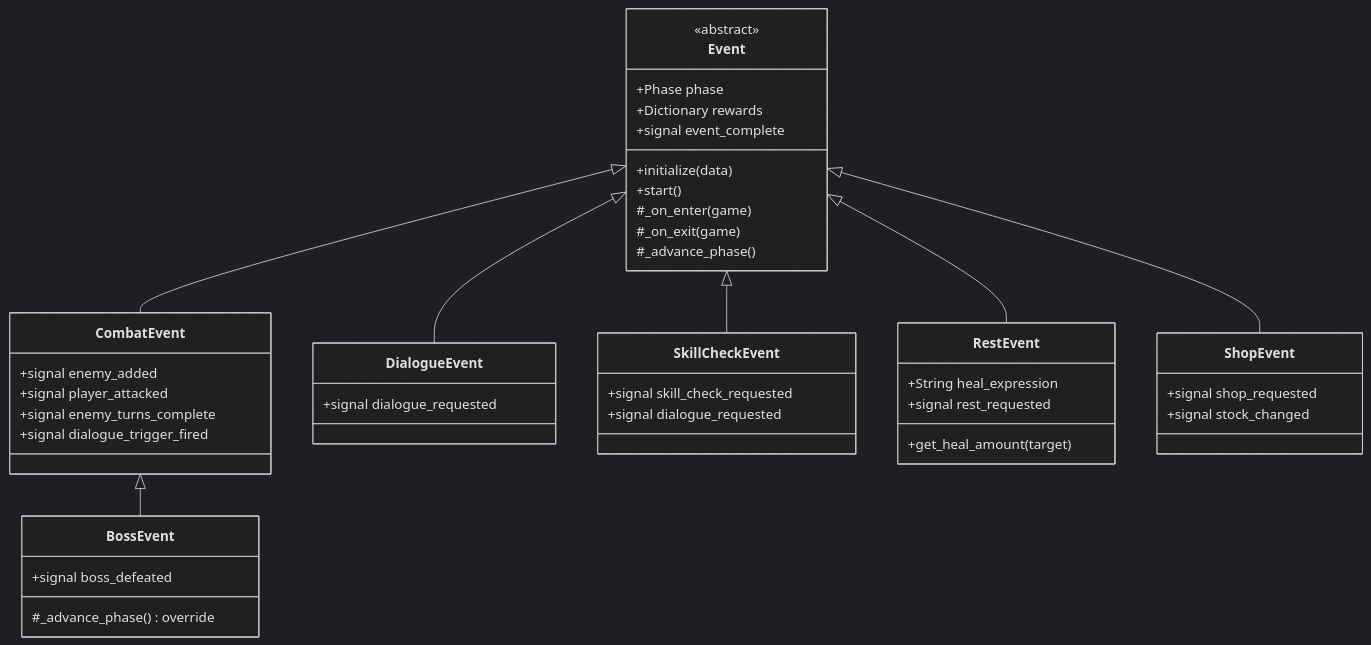
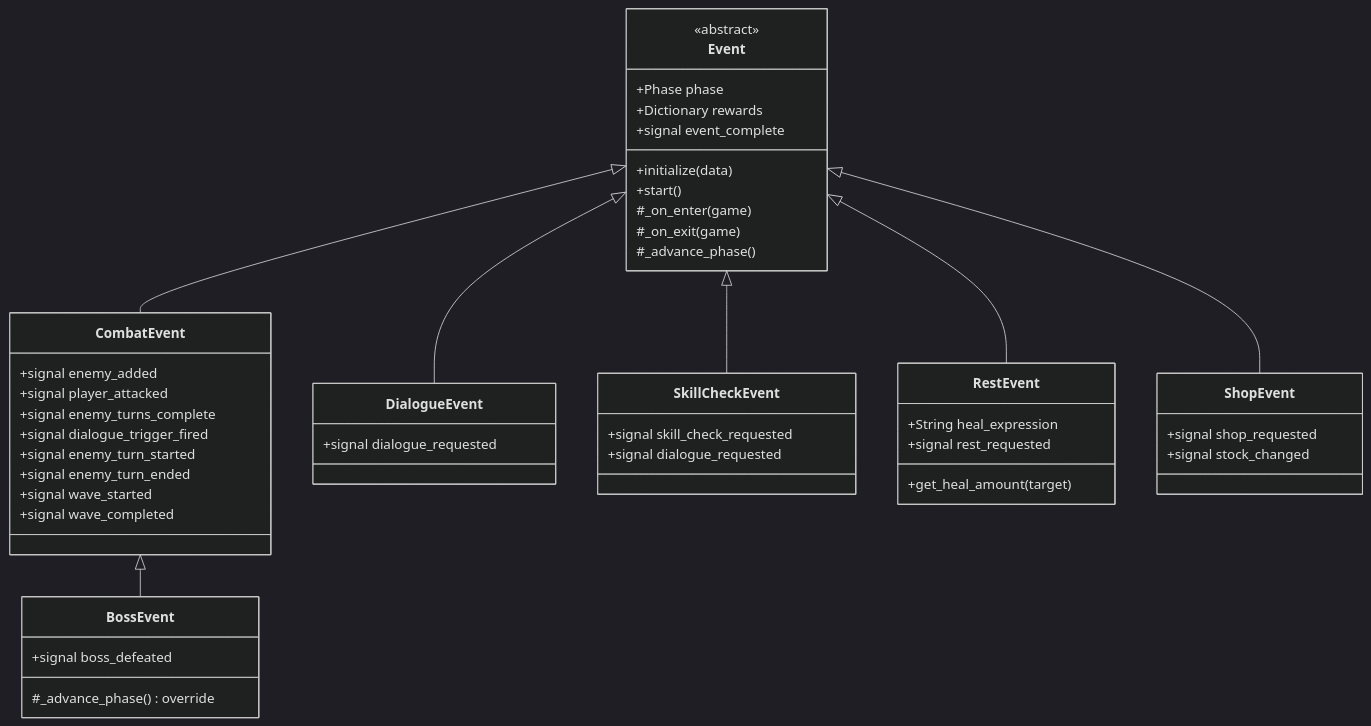
The second of 5 diagrams in journal/architecture.md (mjholder/crawler), drawn with Mermaid (dark theme) before and after one commit. The commit also changed other lines of this file and 44 other files, not shown here.

````diff
--- a/journal/architecture.md
+++ b/journal/architecture.md
@@ -54,47 +54,51 @@
 ```mermaid
 classDiagram
     class Event {
         <<abstract>>
         +Phase phase
         +Dictionary rewards
         +initialize(data)
         +start()
         #_on_enter(game)
         #_on_exit(game)
         #_advance_phase()
         +signal event_complete
     }
     class CombatEvent {
         +signal enemy_added
         +signal player_attacked
         +signal enemy_turns_complete
         +signal dialogue_trigger_fired
+        +signal enemy_turn_started
+        +signal enemy_turn_ended
+        +signal wave_started
+        +signal wave_completed
     }
     class BossEvent {
         +signal boss_defeated
         #_advance_phase() override
     }
     class DialogueEvent {
         +signal dialogue_requested
     }
     class SkillCheckEvent {
         +signal skill_check_requested
         +signal dialogue_requested
     }
     class RestEvent {
         +String heal_expression
         +signal rest_requested
         +get_heal_amount(target)
     }
     class ShopEvent {
         +signal shop_requested
         +signal stock_changed
     }
 
     Event <|-- CombatEvent
     CombatEvent <|-- BossEvent
     Event <|-- DialogueEvent
     Event <|-- SkillCheckEvent
     Event <|-- RestEvent
     Event <|-- ShopEvent
 ```
````
